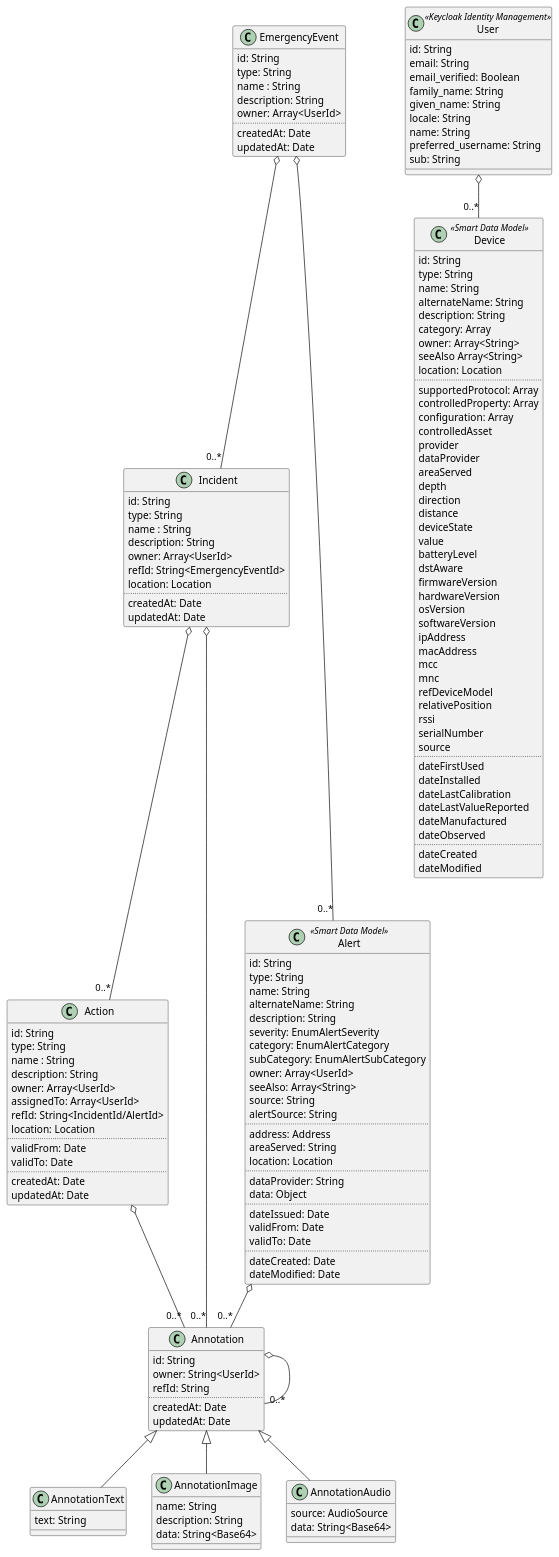
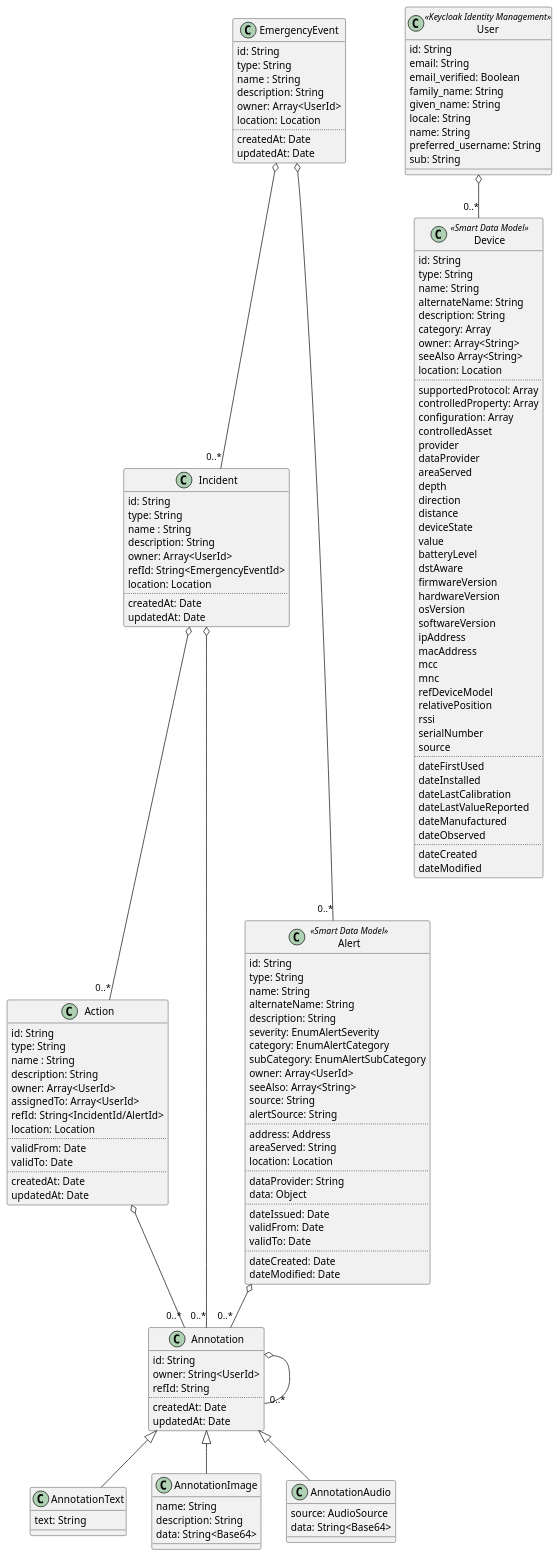
Before and after one commit to eldemet/PathoVIEW: the diagram in server/docs/uml/object-diagram.puml, drawn with PlantUML. The commit also changed 1 other file, not shown here.

Commit message:
refactor(model): add location to emergency event and make it a required field

```diff
--- a/server/docs/uml/object-diagram.puml
+++ b/server/docs/uml/object-diagram.puml
@@ -1,162 +1,163 @@
 @startuml
 class EmergencyEvent {
     id: String
     type: String
     name : String
     description: String
     owner: Array<UserId>
+    location: Location
     ..
     createdAt: Date
     updatedAt: Date
 }
 class Incident {
     id: String
     type: String
     name : String
     description: String
     owner: Array<UserId>
     refId: String<EmergencyEventId>
     location: Location
     ..
     createdAt: Date
     updatedAt: Date
 }
 class Action {
     id: String
     type: String
     name : String
     description: String
     owner: Array<UserId>
     assignedTo: Array<UserId>
     refId: String<IncidentId/AlertId>
     location: Location
     ..
     validFrom: Date
     validTo: Date
     ..
     createdAt: Date
     updatedAt: Date
 }
 class User <<Keycloak Identity Management>> {
     id: String
     email: String
     email_verified: Boolean
     family_name: String
     given_name: String
     locale: String
     name: String
     preferred_username: String
     sub: String
 }
 class Alert <<Smart Data Model>> {
     id: String
     type: String
     name: String
     alternateName: String
     description: String
     severity: EnumAlertSeverity
     category: EnumAlertCategory
     subCategory: EnumAlertSubCategory
     owner: Array<UserId>
     seeAlso: Array<String>
     source: String
     alertSource: String
     ..
     address: Address
     areaServed: String
     location: Location
     ..
     dataProvider: String
     data: Object
     ..
     dateIssued: Date
     validFrom: Date
     validTo: Date
     ..
     dateCreated: Date
     dateModified: Date
 }
 class Device <<Smart Data Model>> {
     id: String
     type: String
     name: String
     alternateName: String
     description: String
     category: Array
     owner: Array<String>
     seeAlso Array<String>
     location: Location
     ..
     supportedProtocol: Array
     controlledProperty: Array
     configuration: Array
     controlledAsset
     provider
     dataProvider
     areaServed
     depth
     direction
     distance
     deviceState
     value
     batteryLevel
     dstAware
     firmwareVersion
     hardwareVersion
     osVersion
     softwareVersion
     ipAddress
     macAddress
     mcc
     mnc
     refDeviceModel
     relativePosition
     rssi
     serialNumber
     source
     ..
     dateFirstUsed
     dateInstalled
     dateLastCalibration
     dateLastValueReported
     dateManufactured
     dateObserved
     ..
     dateCreated
     dateModified
 }
 class Annotation {
     id: String
     owner: String<UserId>
     refId: String
     ..
     createdAt: Date
     updatedAt: Date
 }
 class AnnotationText {
     text: String
 }
 class AnnotationImage {
     name: String
     description: String
     data: String<Base64>
 }
 class AnnotationAudio {
     source: AudioSource
     data: String<Base64>
 }
 
 Annotation <|-- AnnotationText
 Annotation <|-- AnnotationImage
 Annotation <|-- AnnotationAudio
 
 EmergencyEvent o-- "0..*" Alert
 EmergencyEvent o-- "0..*" Incident
 User o-- "0..*" Device
 Incident o-- "0..*" Action
 Annotation o-- "0..*" Annotation
 Incident o-- "0..*" Annotation
 Action o-- "0..*" Annotation
 Alert o-- "0..*" Annotation
 
 @enduml
```
